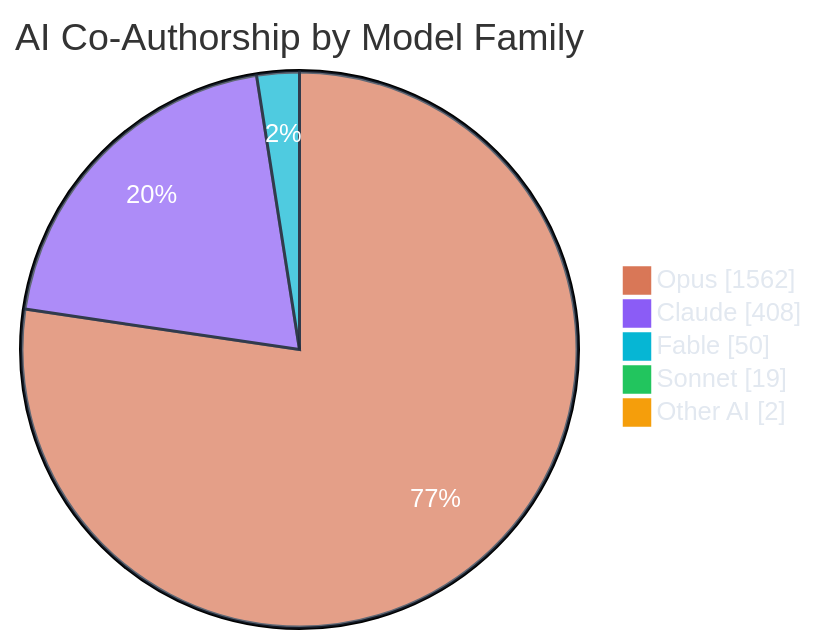
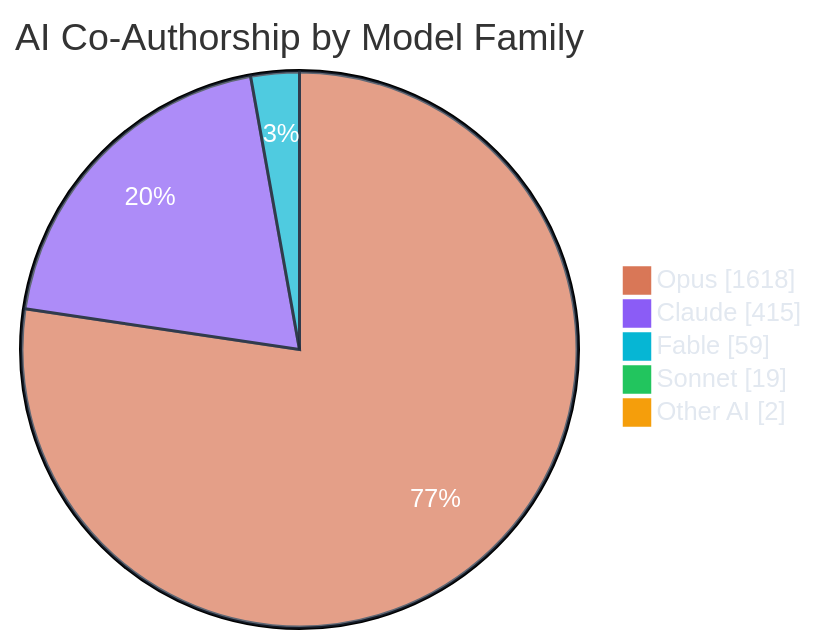
The third of 7 diagrams in README.md (polo-nyan/polo-nyan), drawn with Mermaid before and after one commit. The commit also changed other lines of this file and 1 other file, not shown here.

````diff
--- a/README.md
+++ b/README.md
@@ -279,10 +279,10 @@
 ```mermaid
 %%{init: {"theme": "base", "themeVariables": { "pie1": "#d97757", "pie2": "#8b5cf6", "pie3": "#06b6d4", "pie4": "#22c55e", "pie5": "#f59e0b", "pie6": "#ec4899", "pieTextColor": "#ffffff", "pieLegendTextColor": "#e2e8f0", "pieSectionTextColor": "#ffffff", "pieStrokeColor": "#1e293b" }}}%%
 pie showData
     title AI Co-Authorship by Model Family
-    "Opus" : 1562
-    "Claude" : 408
-    "Fable" : 50
+    "Opus" : 1618
+    "Claude" : 415
+    "Fable" : 59
     "Sonnet" : 19
     "Other AI" : 2
 ```
````
